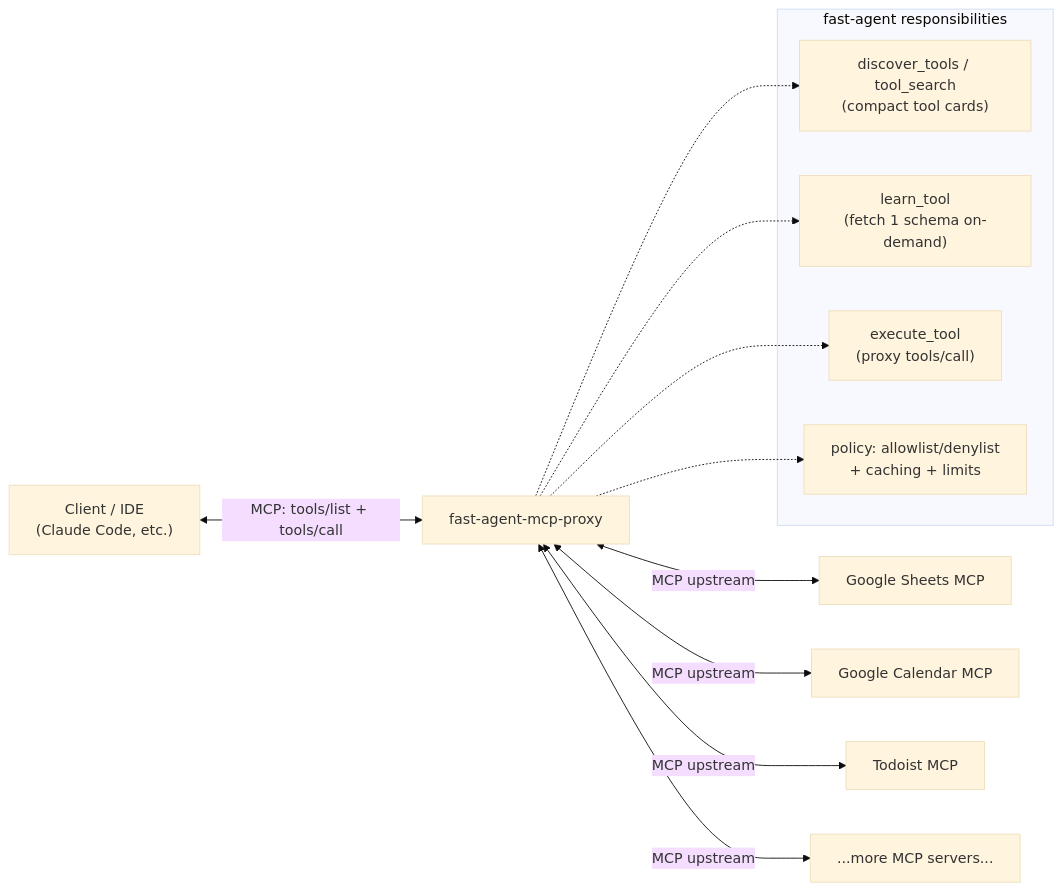
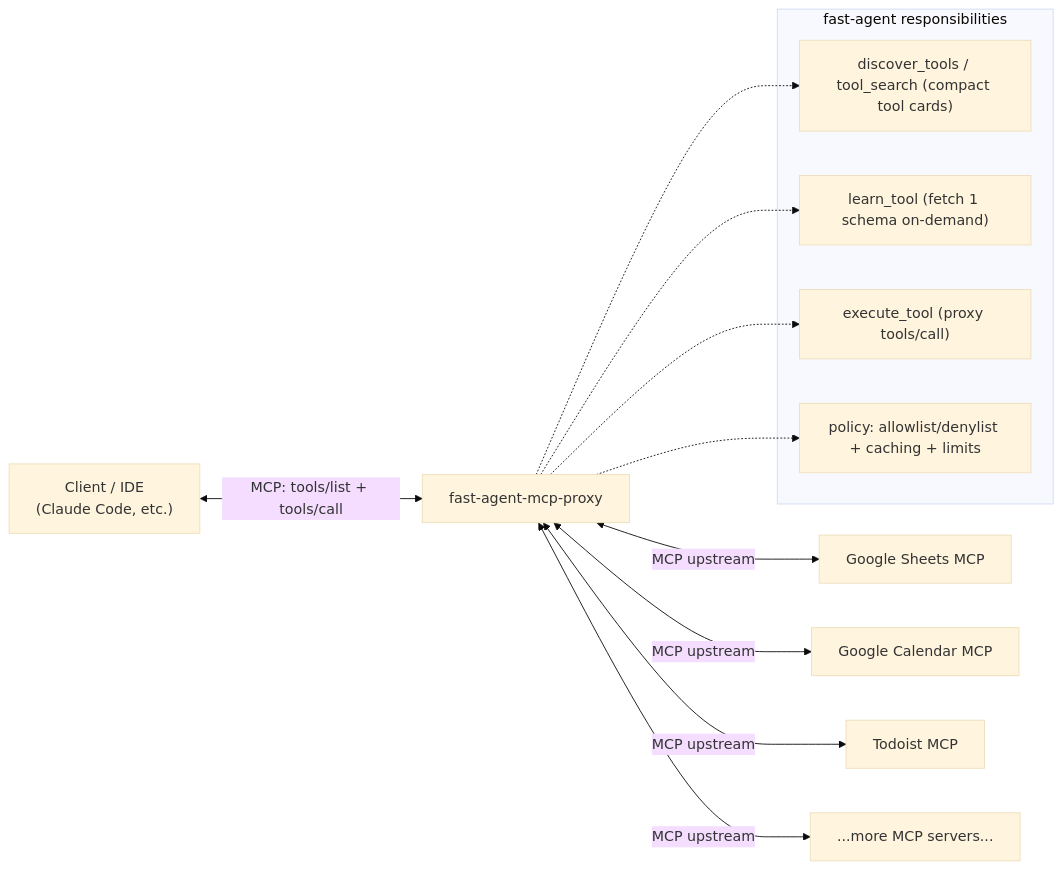
The diagram in fast-agent-as-an-advanced-tool-use.md (strato-space/report), drawn with Mermaid (base theme) before and after one commit.

Commit message:
Fix formatting in fast-agent responsibilities section

````diff
--- a/fast-agent-as-an-advanced-tool-use.md
+++ b/fast-agent-as-an-advanced-tool-use.md
@@ -239,22 +239,22 @@
 ```mermaid
 flowchart LR
   C["Client / IDE\n(Claude Code, etc.)"] <--> |"MCP: tools/list + tools/call"| FA["fast-agent-mcp-proxy"]
 
   FA <--> |"MCP upstream"| S1["Google Sheets MCP"]
   FA <--> |"MCP upstream"| S2["Google Calendar MCP"]
   FA <--> |"MCP upstream"| S3["Todoist MCP"]
   FA <--> |"MCP upstream"| S4["...more MCP servers..."]
 
   subgraph R["fast-agent responsibilities"]
-    D["discover_tools / tool_search\n(compact tool cards)"]
-    L["learn_tool\n(fetch 1 schema on-demand)"]
-    E["execute_tool\n(proxy tools/call)"]
-    P["policy: allowlist/denylist\n+ caching + limits"]
+    D["discover_tools / tool_search (compact tool cards)"]
+    L["learn_tool (fetch 1 schema on-demand)"]
+    E["execute_tool (proxy tools/call)"]
+    P["policy: allowlist/denylist + caching + limits"]
   end
 
   FA -.-> D
   FA -.-> L
   FA -.-> E
   FA -.-> P
 
 ```
````
